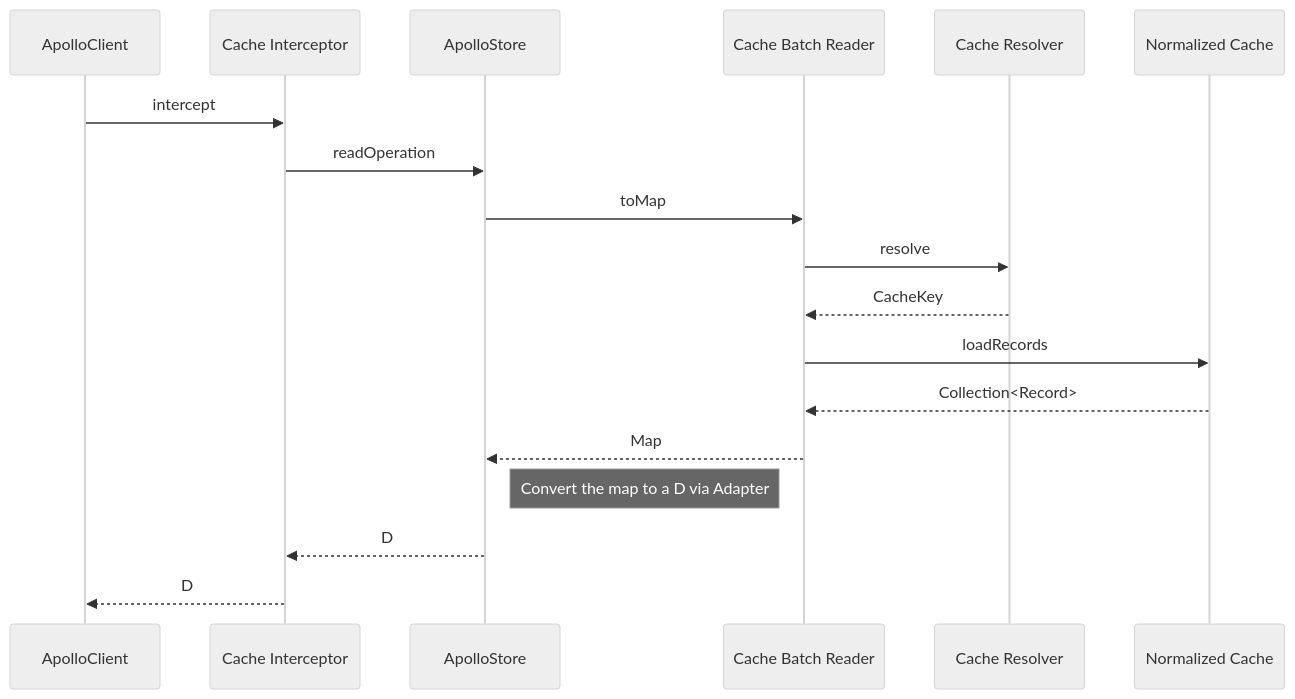
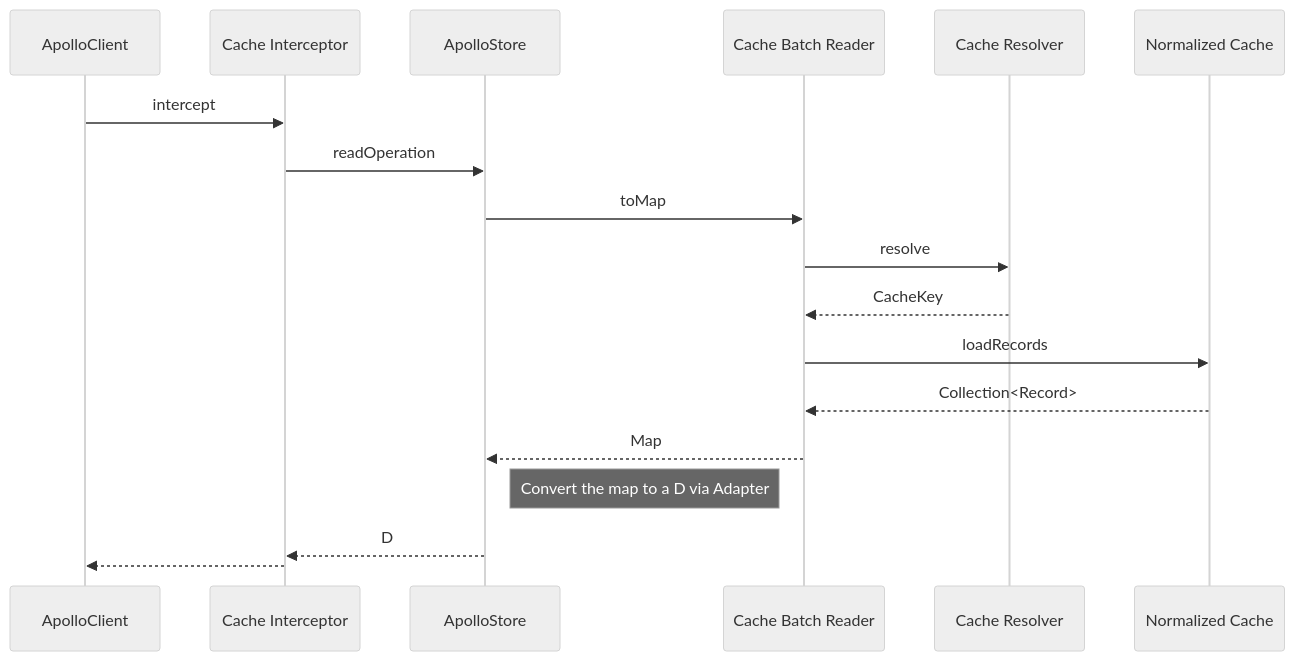
The first of 2 diagrams in design-docs/Normalized cache overview.md (apollographql/apollo-kotlin), drawn with Mermaid (neutral theme) before and after one commit. The commit also changed other lines of this file, not shown here.

Commit message:
Diagrams on top

````diff
--- a/design-docs/Normalized cache overview.md
+++ b/design-docs/Normalized cache overview.md
@@ -259,20 +9,21 @@
 ```mermaid
 sequenceDiagram
 ApolloClient ->> Cache Interceptor: intercept
 Cache Interceptor ->> ApolloStore: readOperation
 ApolloStore ->> Cache Batch Reader: toMap
 Cache Batch Reader ->> Cache Resolver: resolve
 
 Cache Resolver -->> Cache Batch Reader: CacheKey
 
 Cache Batch Reader ->> Normalized Cache: loadRecords
 
 Normalized Cache -->> Cache Batch Reader: Collection<Record>
 
 Cache Batch Reader -->> ApolloStore: Map
 Note right of ApolloStore: Convert the map to a D via Adapter
 
 ApolloStore -->> Cache Interceptor: D
 
-Cache Interceptor -->> ApolloClient: D
+Cache Interceptor -->> ApolloClient: 
+
 ```
````
